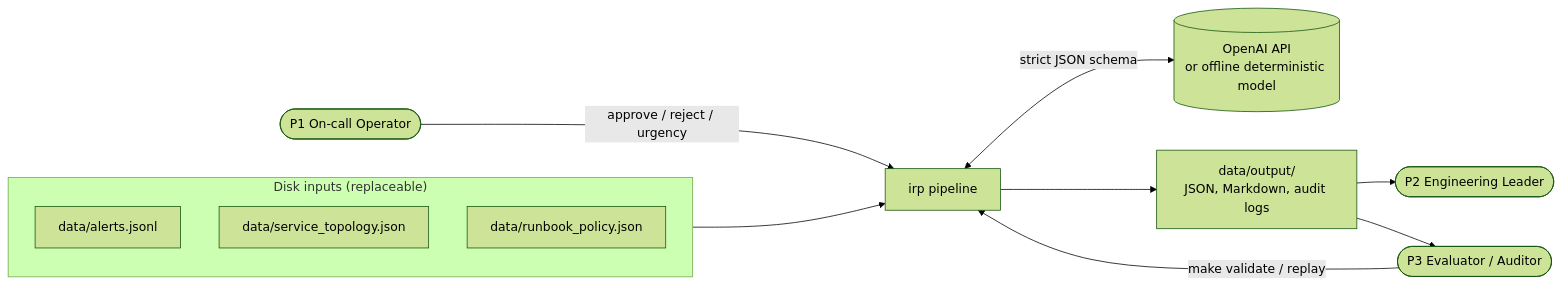
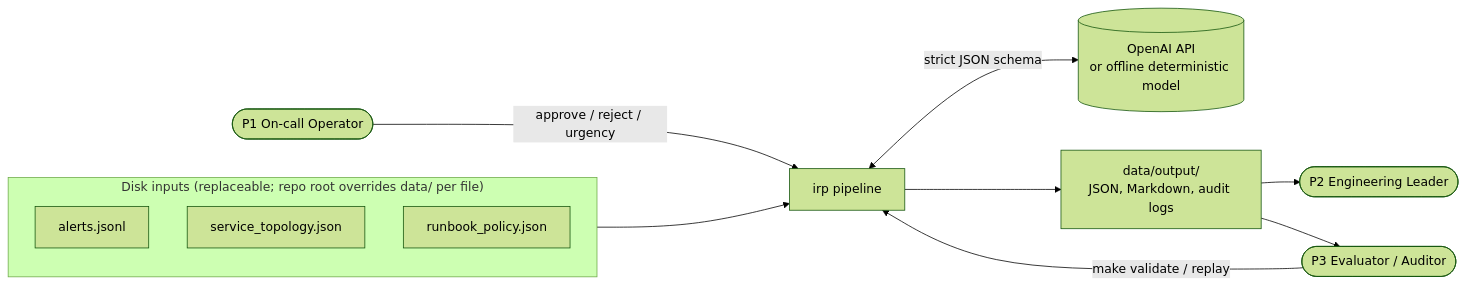
The first of 8 diagrams in docs/IMPLEMENTATION_SPEC.md (srikanthkakumanu/deriv-irp), drawn with Mermaid (forest theme) before and after one commit. The commit also changed other lines of this file and 19 other files, not shown here.

````diff
--- a/docs/IMPLEMENTATION_SPEC.md
+++ b/docs/IMPLEMENTATION_SPEC.md
@@ -50,20 +50,20 @@
 ```mermaid
 flowchart LR
-    subgraph Inputs["Disk inputs (replaceable)"]
-        A[data/alerts.jsonl]
-        T[data/service_topology.json]
-        P[data/runbook_policy.json]
+    subgraph Inputs["Disk inputs (replaceable; repo root overrides data/ per file)"]
+        A[alerts.jsonl]
+        T[service_topology.json]
+        P[runbook_policy.json]
     end
     OP([P1 On-call Operator])
     EL([P2 Engineering Leader])
     EV([P3 Evaluator / Auditor])
     LLM[(OpenAI API<br/>or offline deterministic model)]
 
     Inputs --> SYS[irp pipeline]
     OP -- approve / reject / urgency --> SYS
     SYS <-- strict JSON schema --> LLM
     SYS --> OUT[data/output/<br/>JSON, Markdown, audit logs]
     OUT --> EL
     OUT --> EV
     EV -- make validate / replay --> SYS
 ```
````
